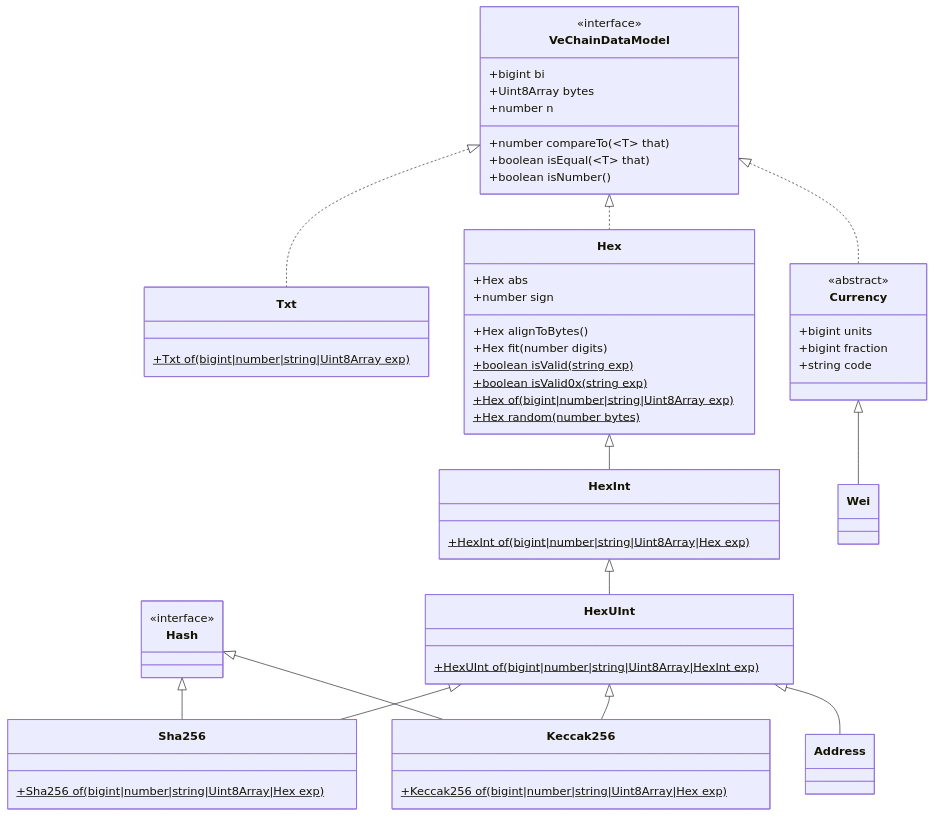
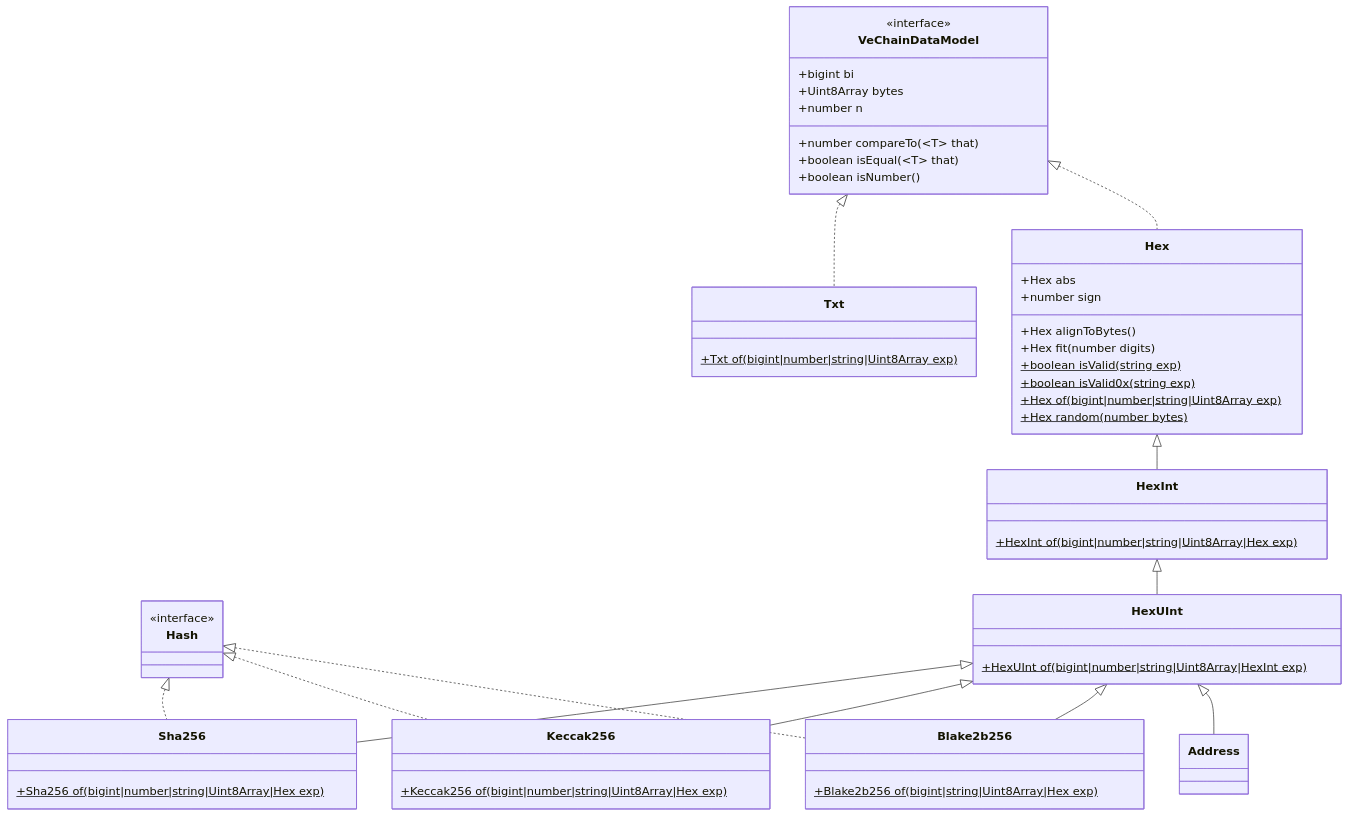
One commit to vechain/vechain-sdk-js changed the diagram in docs/diagrams/architecture/vcdm.md. Above: the diagram before and after it, drawn with Mermaid. The commit also changed 4 other files, not shown here.

````diff
--- a/docs/diagrams/architecture/vcdm.md
+++ b/docs/diagrams/architecture/vcdm.md
@@ -1,59 +1,55 @@
 ```mermaid
 classDiagram
     class Address
-    class Currency {
-        <<abstract>>
-        +bigint units
-        +bigint fraction
-        +string code
+    class Blake2b256 {
+        +Blake2b256 of(bigint|string|Uint8Array|Hex exp)$
     }
     class Hash {
         <<interface>>
     }
     class Hex {
         +Hex abs
         +number sign
         +Hex alignToBytes()
         +Hex fit(number digits)
         +boolean isValid(string exp)$
         +boolean isValid0x(string exp)$
         +Hex of(bigint|number|string|Uint8Array exp)$
         +Hex random(number bytes)$
     }
     class HexInt {
         +HexInt of(bigint|number|string|Uint8Array|Hex exp)$
     }
     class HexUInt {
         +HexUInt of(bigint|number|string|Uint8Array|HexInt exp)$
     }
     class Keccak256 {
         +Keccak256 of(bigint|number|string|Uint8Array|Hex exp)$
     }
     class Txt {
         +Txt of(bigint|number|string|Uint8Array exp)$
     }
     class Sha256 {
         +Sha256 of(bigint|number|string|Uint8Array|Hex exp)$
     }
     class VeChainDataModel{
         <<interface>>
       +bigint bi
       +Uint8Array bytes
       +number n
       +number compareTo(~T~ that)
       +boolean isEqual(~T~ that)
       +boolean isNumber()
     }
-    class Wei
-    Currency <|-- Wei
-    Hash <|-- Keccak256
-    Hash <|-- Sha256
+    Hash <|.. Blake2b256
+    Hash <|.. Keccak256
+    Hash <|.. Sha256
     Hex <|-- HexInt
     HexInt <|-- HexUInt
     HexUInt <|-- Address
+    HexUInt <|-- Blake2b256
     HexUInt <|-- Keccak256
     HexUInt <|-- Sha256
-    VeChainDataModel <|.. Currency
     VeChainDataModel <|.. Hex
     VeChainDataModel <|.. Txt
 ```
````
